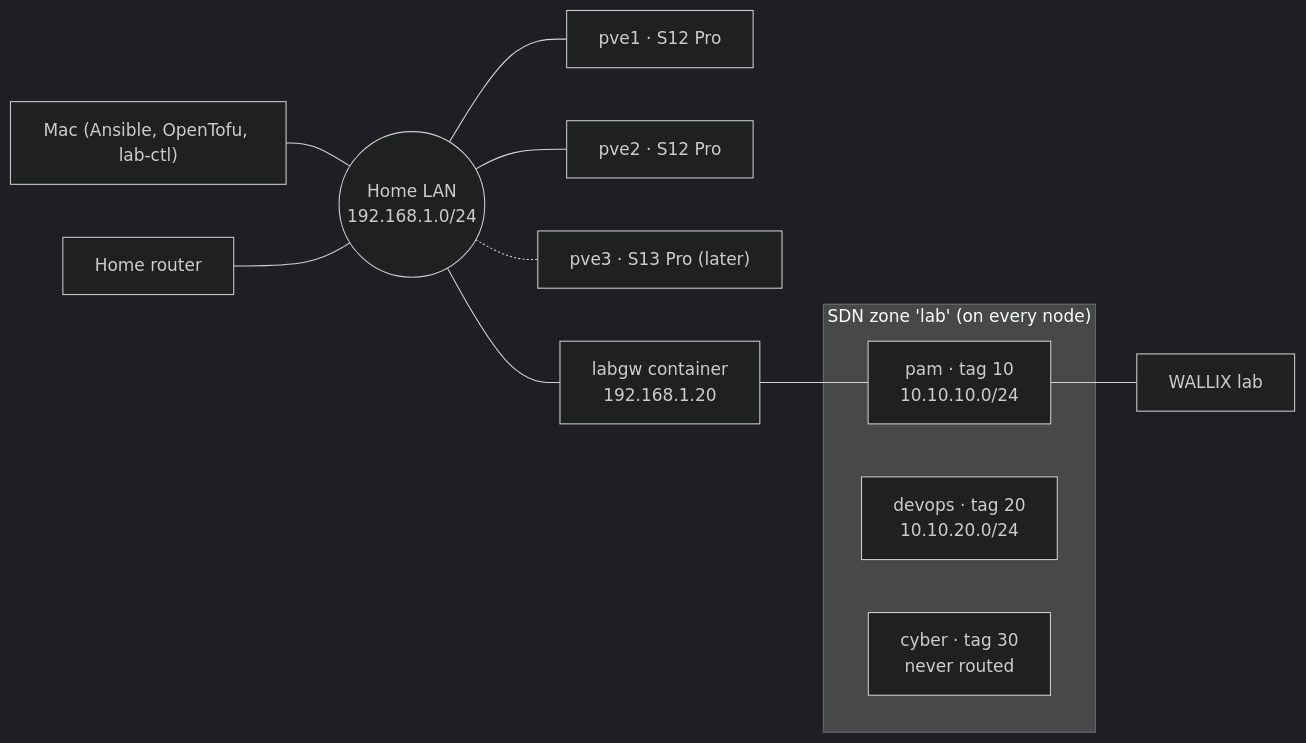
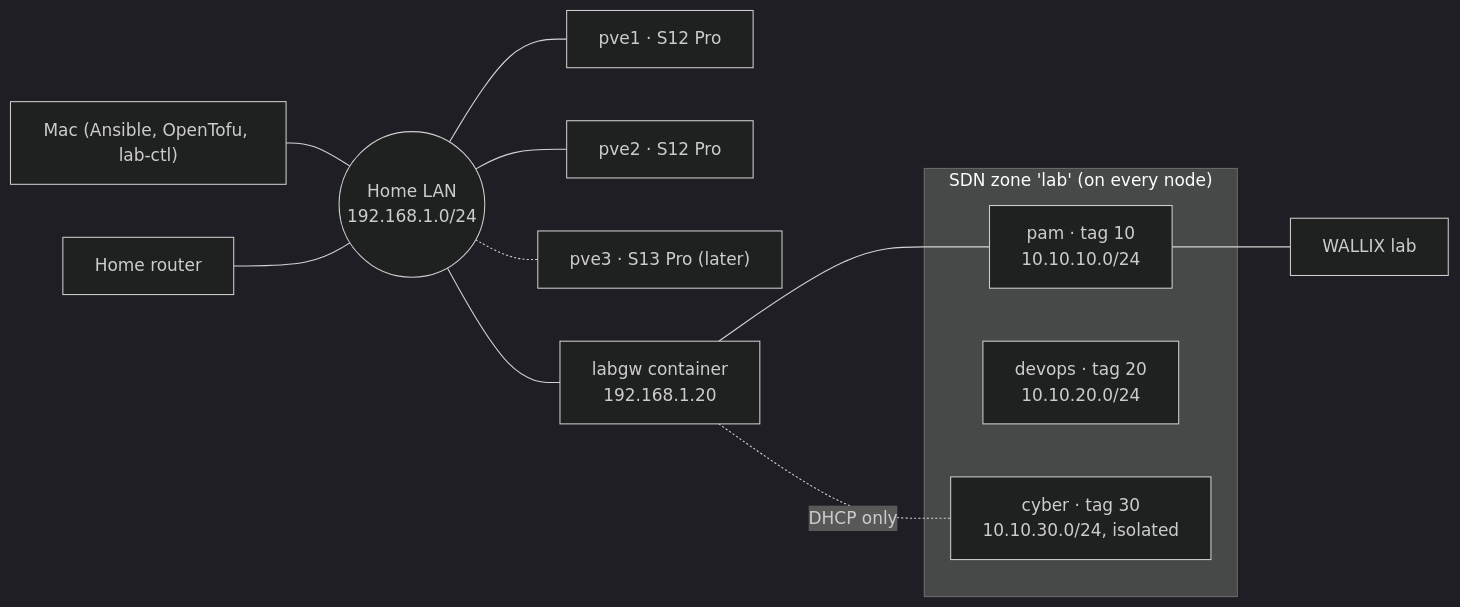
Before and after one commit to morandeirachema/Lab: the diagram in docs/02-network.md, drawn with Mermaid (dark theme). The commit also changed other lines of this file and 4 other files, not shown here.

````diff
--- a/docs/02-network.md
+++ b/docs/02-network.md
@@ -6,16 +6,17 @@
 ```mermaid
 flowchart LR
   mac["Mac (Ansible, OpenTofu, lab-ctl)"] --- lan
   router["Home router"] --- lan(("Home LAN<br/>192.168.1.0/24"))
   lan --- pve1["pve1 · S12 Pro"]
   lan --- pve2["pve2 · S12 Pro"]
   lan -.- pve3["pve3 · S13 Pro (later)"]
   lan --- labgw["labgw container<br/>192.168.1.20"]
   subgraph zone["SDN zone 'lab' (on every node)"]
     pam["pam · tag 10<br/>10.10.10.0/24"]
     devops["devops · tag 20<br/>10.10.20.0/24"]
-    cyber["cyber · tag 30<br/>never routed"]
+    cyber["cyber · tag 30<br/>10.10.30.0/24, isolated"]
   end
   labgw --- pam
+  labgw -. DHCP only .- cyber
   pam --- wallix["WALLIX lab"]
 ```
````
